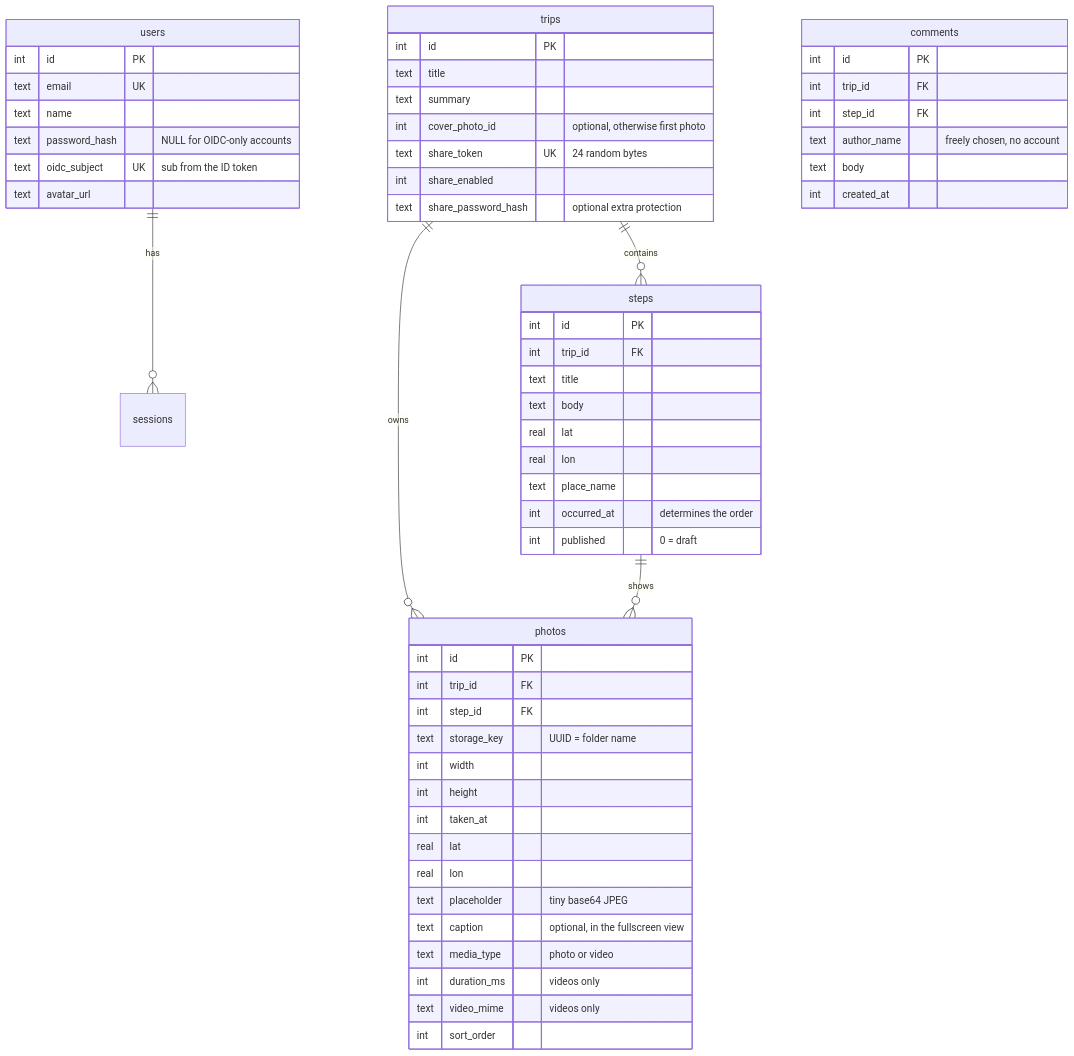
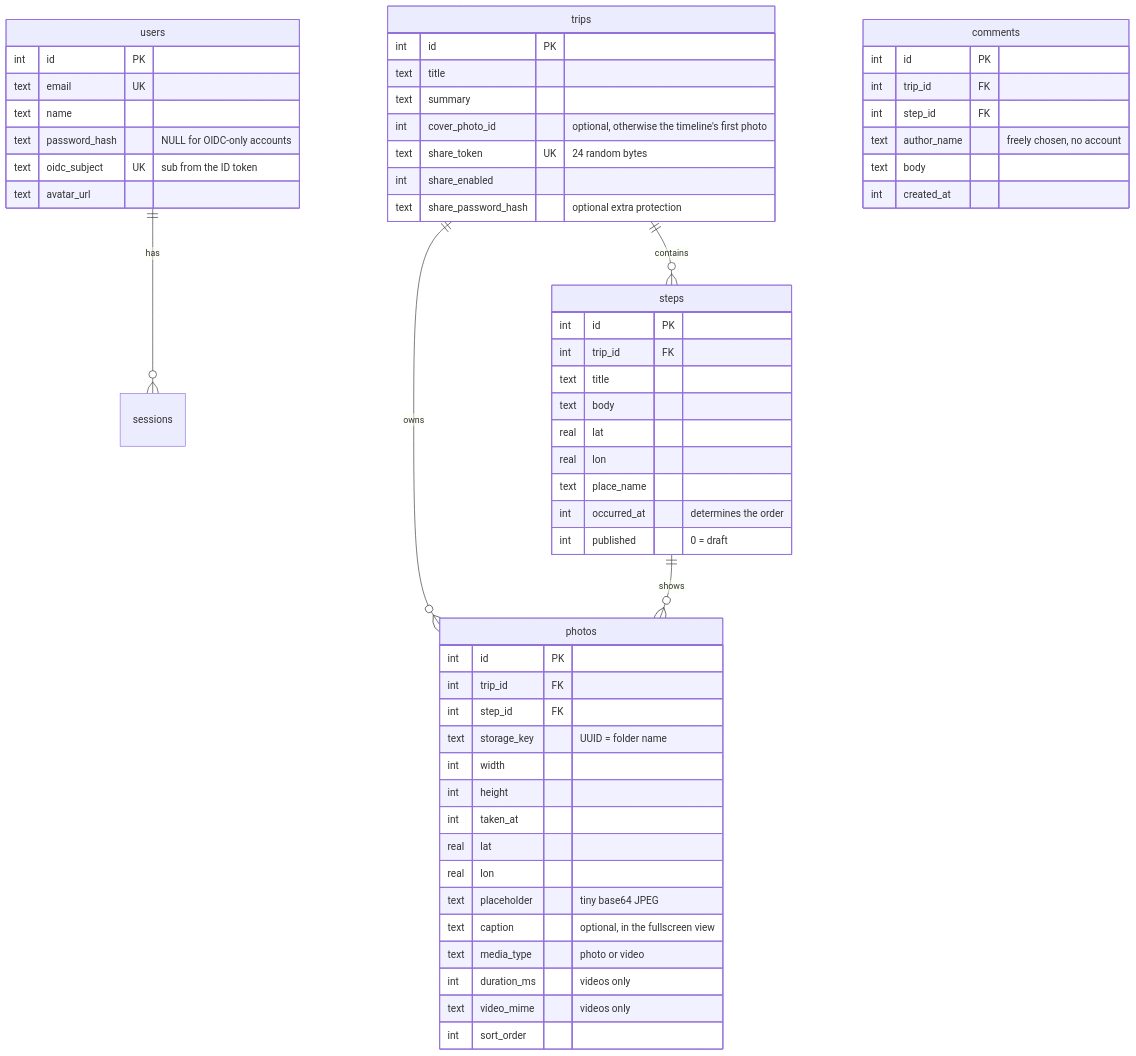
The first of 2 diagrams in docs/ARCHITECTURE.md (RainerZufall00/ownsteps), drawn with Mermaid before and after one commit. The commit also changed other lines of this file and 148 other files, not shown here.

````diff
--- a/docs/ARCHITECTURE.md
+++ b/docs/ARCHITECTURE.md
@@ -122,61 +124,61 @@
 ```mermaid
 erDiagram
     users ||--o{ sessions : has
     trips ||--o{ steps : contains
     trips ||--o{ photos : owns
     steps ||--o{ photos : shows
 
     users {
         int id PK
         text email UK
         text name
         text password_hash "NULL for OIDC-only accounts"
         text oidc_subject UK "sub from the ID token"
         text avatar_url
     }
     trips {
         int id PK
         text title
         text summary
-        int cover_photo_id "optional, otherwise first photo"
+        int cover_photo_id "optional, otherwise the timeline's first photo"
         text share_token UK "24 random bytes"
         int share_enabled
         text share_password_hash "optional extra protection"
     }
     steps {
         int id PK
         int trip_id FK
         text title
         text body
         real lat
         real lon
         text place_name
         int occurred_at "determines the order"
         int published "0 = draft"
     }
     photos {
         int id PK
         int trip_id FK
         int step_id FK
         text storage_key "UUID = folder name"
         int width
         int height
         int taken_at
         real lat
         real lon
         text placeholder "tiny base64 JPEG"
         text caption "optional, in the fullscreen view"
         text media_type "photo or video"
         int duration_ms "videos only"
         text video_mime "videos only"
         int sort_order
     }
     comments {
         int id PK
         int trip_id FK
         int step_id FK
         text author_name "freely chosen, no account"
         text body
         int created_at
     }
 ```
````
